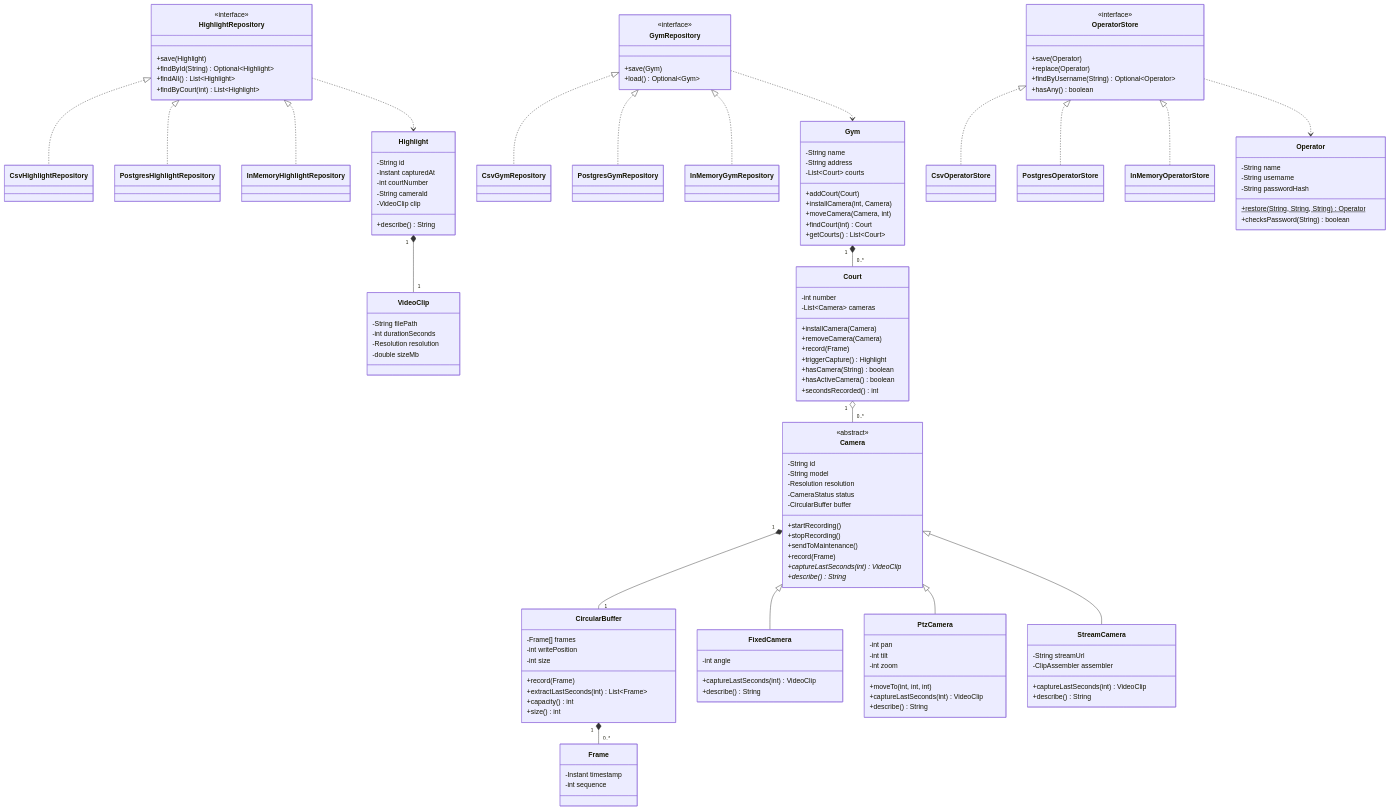
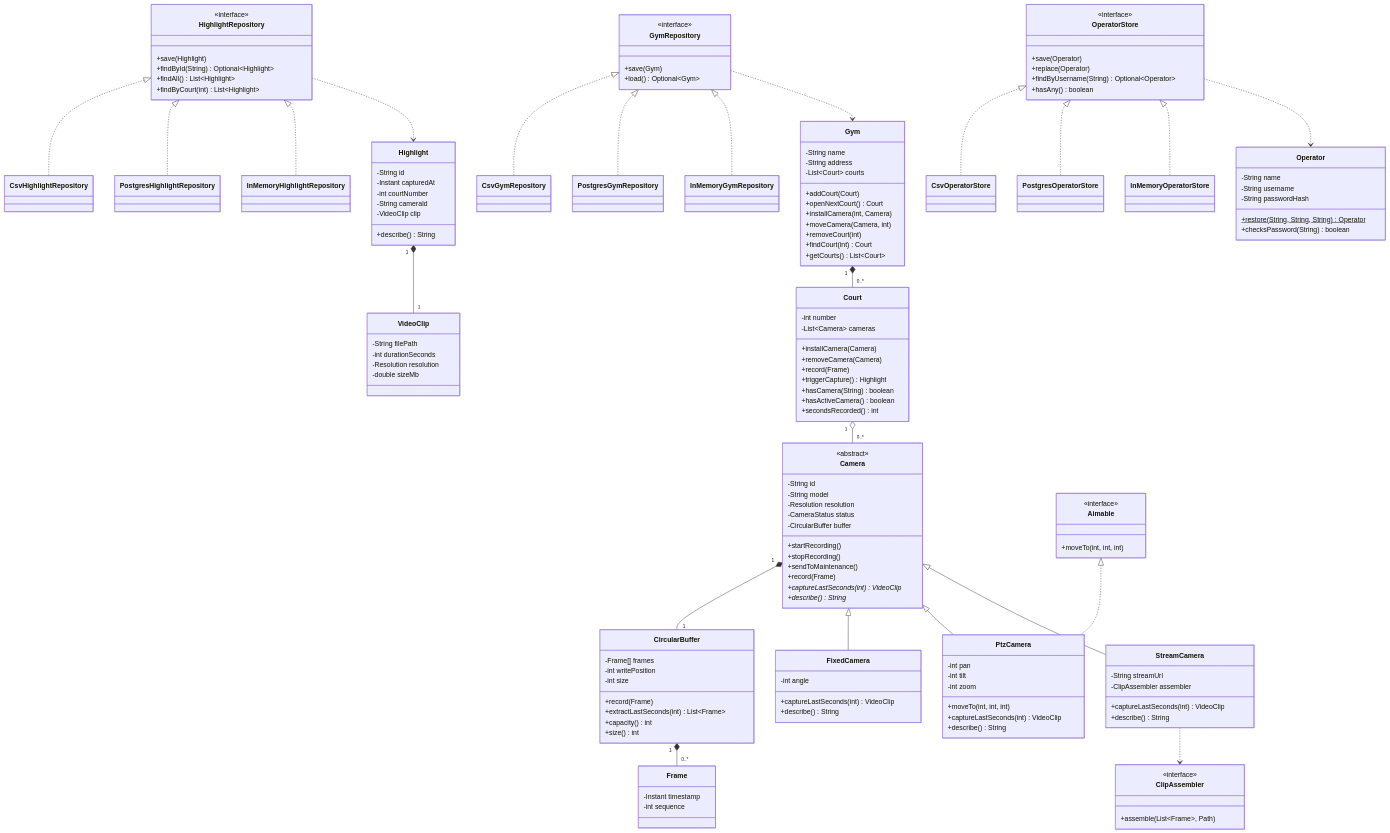
One commit to lorenzoficher/VarZinho changed the diagram in docs/DOMAIN-MODEL.md. Above: the diagram before and after it, drawn with Mermaid. The commit also changed other lines of this file and 6 other files, not shown here.

```diff
--- a/docs/DOMAIN-MODEL.md
+++ b/docs/DOMAIN-MODEL.md
@@ -12,8 +12,10 @@
         -String address
         -List~Court~ courts
         +addCourt(Court)
+        +openNextCourt() Court
         +installCamera(int, Camera)
         +moveCamera(Camera, int)
+        +removeCourt(int)
         +findCourt(int) Court
         +getCourts() List~Court~
     }
@@ -58,6 +60,16 @@
         +moveTo(int, int, int)
         +captureLastSeconds(int) VideoClip
         +describe() String
+    }
+
+    class Aimable {
+        <<interface>>
+        +moveTo(int, int, int)
+    }
+
+    class ClipAssembler {
+        <<interface>>
+        +assemble(List~Frame~, Path)
     }
 
     class StreamCamera {
@@ -145,6 +157,8 @@
     Camera <|-- FixedCamera
     Camera <|-- PtzCamera
     Camera <|-- StreamCamera
+    Aimable <|.. PtzCamera
+    StreamCamera ..> ClipAssembler
     Highlight "1" *-- "1" VideoClip
     HighlightRepository <|.. CsvHighlightRepository
     HighlightRepository <|.. PostgresHighlightRepository
```
